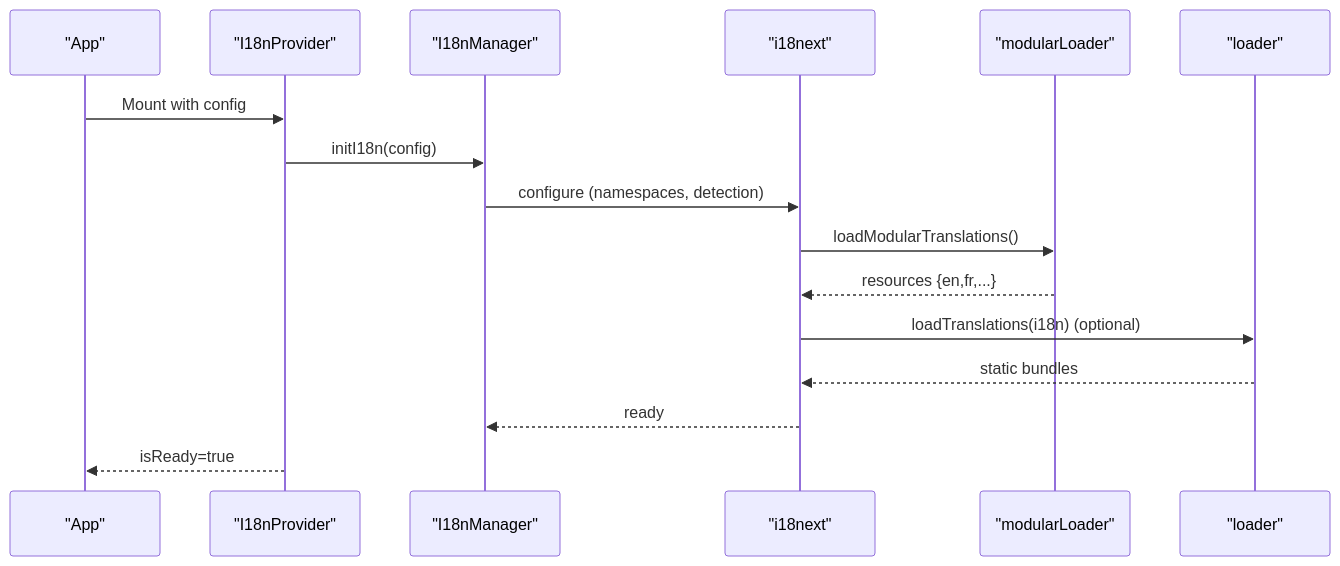
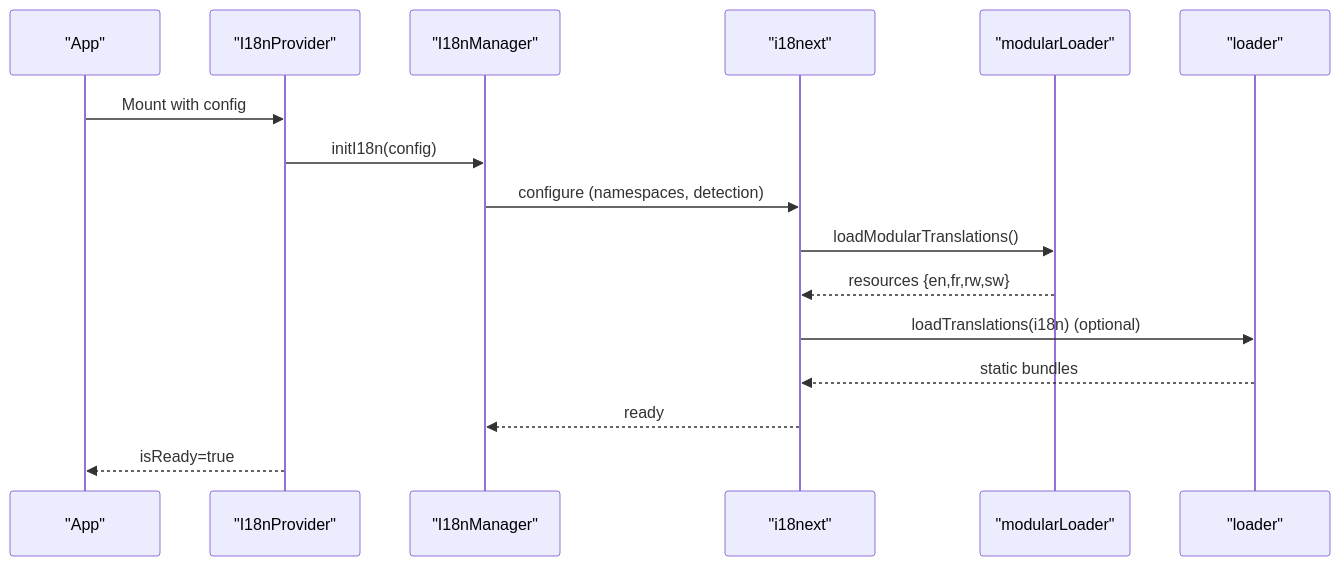
Before and after one commit to geniusdynamics/schoolpilot: the second of 8 diagrams in .qoder/repowiki/en/content/Internationalization.md, drawn with Mermaid. The commit also changed other lines of this file and 21 other files, not shown here.

````diff
--- a/.qoder/repowiki/en/content/Internationalization.md
+++ b/.qoder/repowiki/en/content/Internationalization.md
@@ -111,18 +142,18 @@
 ```mermaid
 sequenceDiagram
 participant App as "App"
 participant Provider as "I18nProvider"
 participant Manager as "I18nManager"
 participant I18n as "i18next"
 participant Loader as "modularLoader"
 participant Static as "loader"
 App->>Provider : Mount with config
 Provider->>Manager : initI18n(config)
 Manager->>I18n : configure (namespaces, detection)
 I18n->>Loader : loadModularTranslations()
-Loader-->>I18n : resources {en,fr,...}
+Loader-->>I18n : resources {en,fr,rw,sw}
 I18n->>Static : loadTranslations(i18n) (optional)
 Static-->>I18n : static bundles
 I18n-->>Manager : ready
 Provider-->>App : isReady=true
 ```
````
